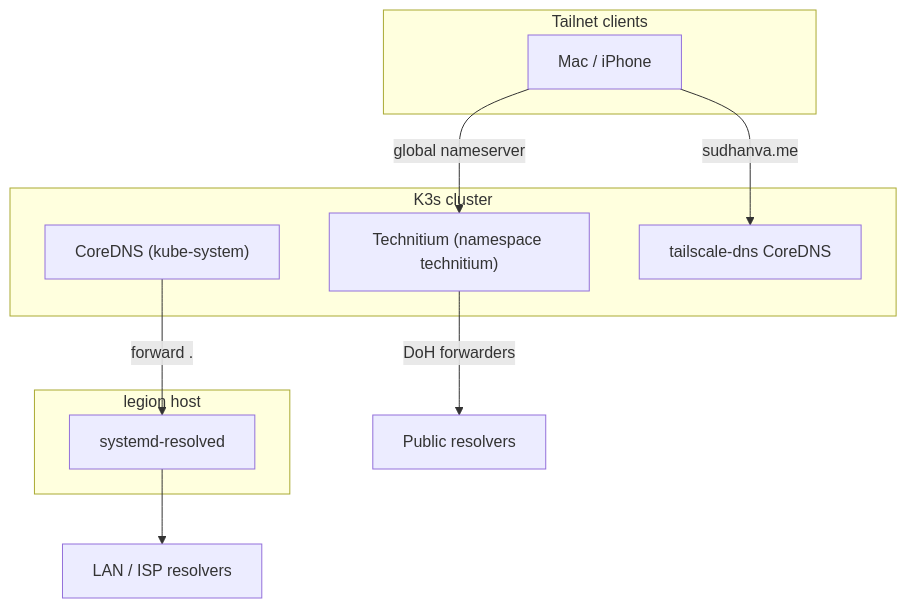
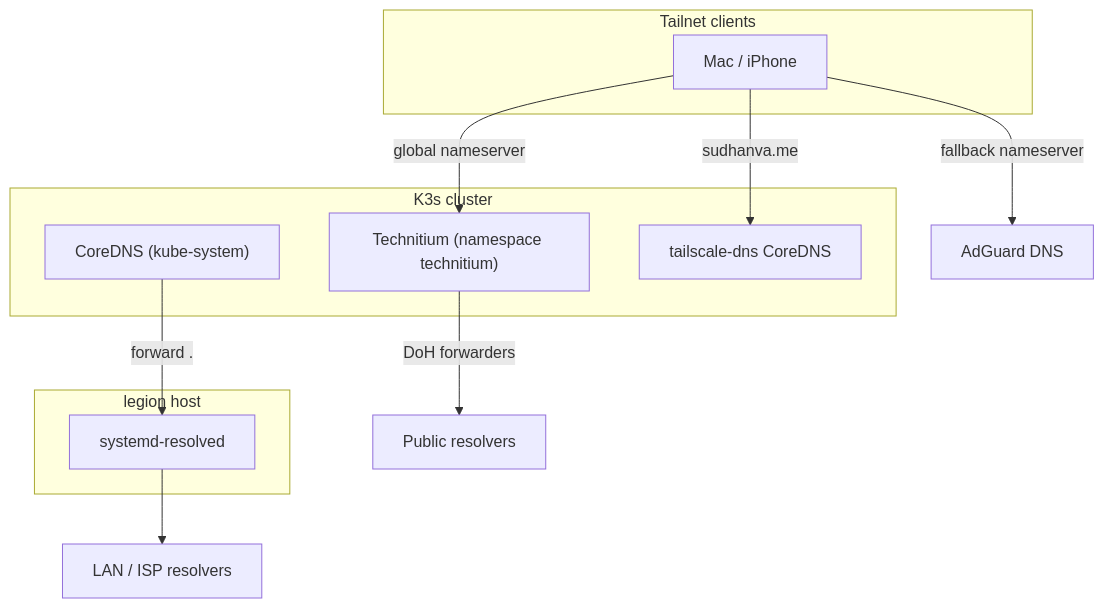
One commit to nsudhanva/homelab changed the diagram in docs/src/content/docs/explanation/node-networking.md. Above: the diagram before and after it, drawn with Mermaid. The commit also changed other lines of this file and 5 other files, not shown here.

Commit message:
docs: describe the DNS fallback and the power profile

````diff
--- a/docs/src/content/docs/explanation/node-networking.md
+++ b/docs/src/content/docs/explanation/node-networking.md
@@ -50,22 +50,23 @@
 ```mermaid
 flowchart TB
     subgraph Tailnet["Tailnet clients"]
         Client["Mac / iPhone"]
     end
     subgraph Node["legion host"]
         Resolved["systemd-resolved"]
     end
     subgraph Cluster["K3s cluster"]
         CoreDNS["CoreDNS (kube-system)"]
         Technitium["Technitium (namespace technitium)"]
         SplitDNS["tailscale-dns CoreDNS"]
     end
     Upstream["LAN / ISP resolvers"]
     Public["Public resolvers"]
 
     Client -->|"global nameserver"| Technitium
+    Client -->|"fallback nameserver"| AdGuard["AdGuard DNS"]
     Client -->|"sudhanva.me"| SplitDNS
     Resolved --> Upstream
     CoreDNS -->|"forward ."| Resolved
     Technitium -->|"DoH forwarders"| Public
 ```
````
